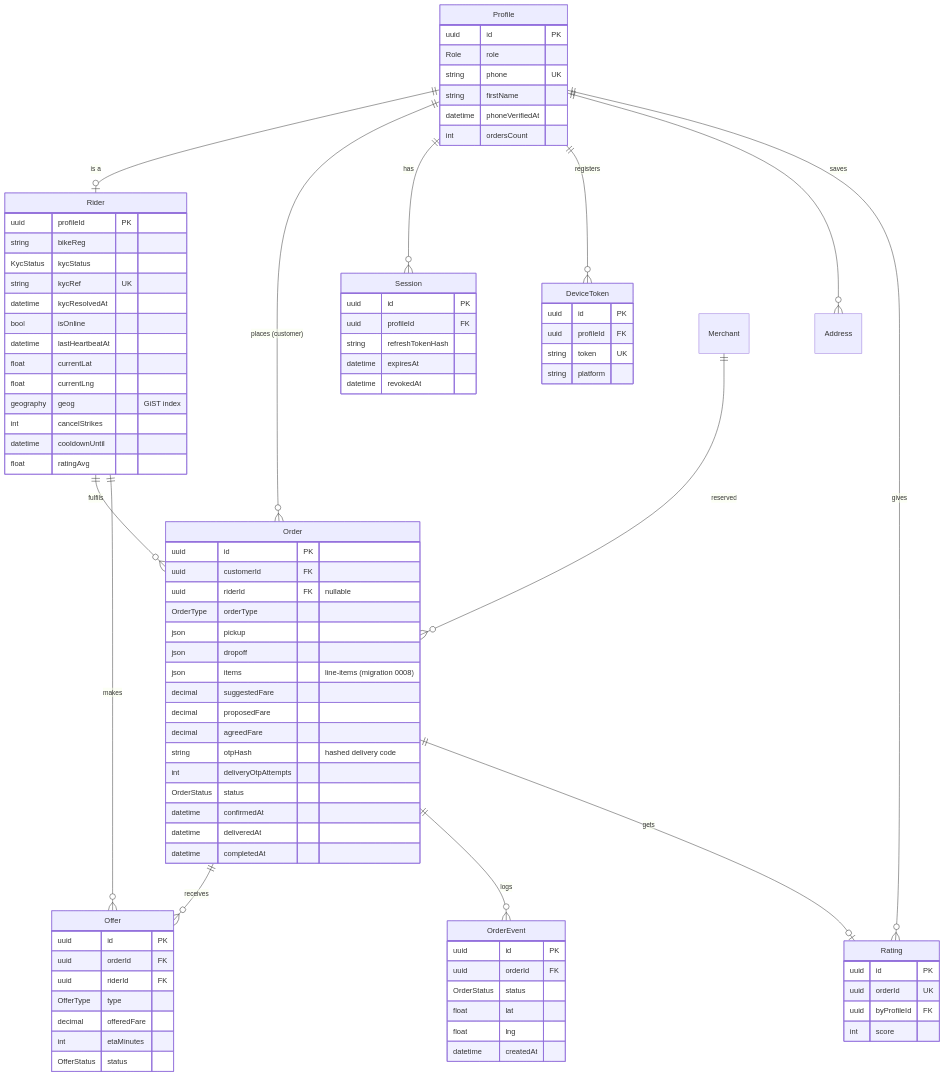
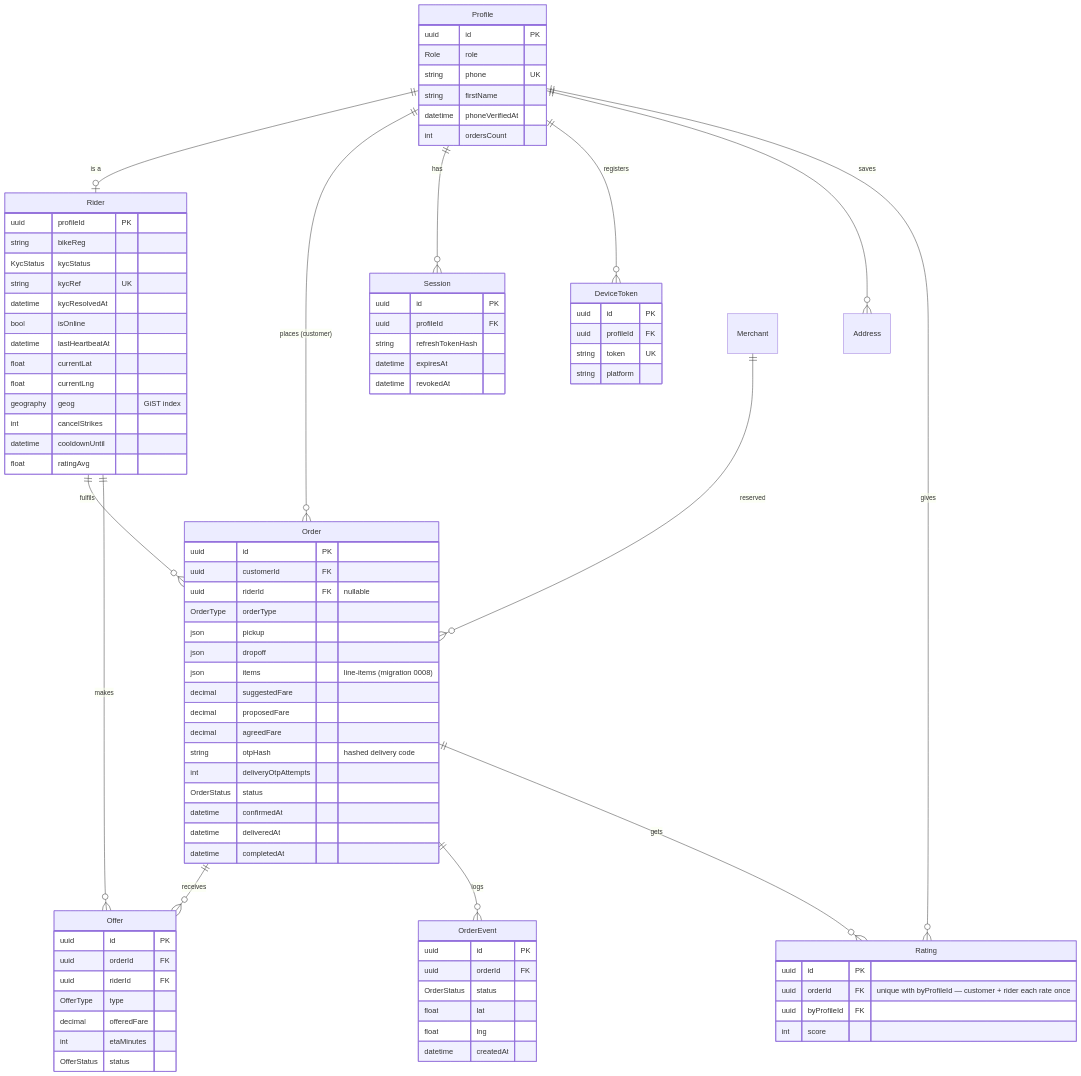
The sixth of 16 diagrams in docs/ARCHITECTURE.md (unnfazzed/Lynia), drawn with Mermaid before and after one commit. The commit also changed other lines of this file and 6 other files, not shown here.

```diff
--- a/docs/ARCHITECTURE.md
+++ b/docs/ARCHITECTURE.md
@@ -430,7 +430,7 @@
     Rider ||--o{ Offer : "makes"
     Order ||--o{ Offer : "receives"
     Order ||--o{ OrderEvent : "logs"
-    Order ||--o| Rating : "gets"
+    Order ||--o{ Rating : "gets"
     Merchant ||--o{ Order : "reserved"
 
     Profile {
@@ -493,7 +493,7 @@
     }
     Rating {
         uuid id PK
-        uuid orderId UK
+        uuid orderId FK "unique with byProfileId — customer + rider each rate once"
         uuid byProfileId FK
         int score
     }
```
